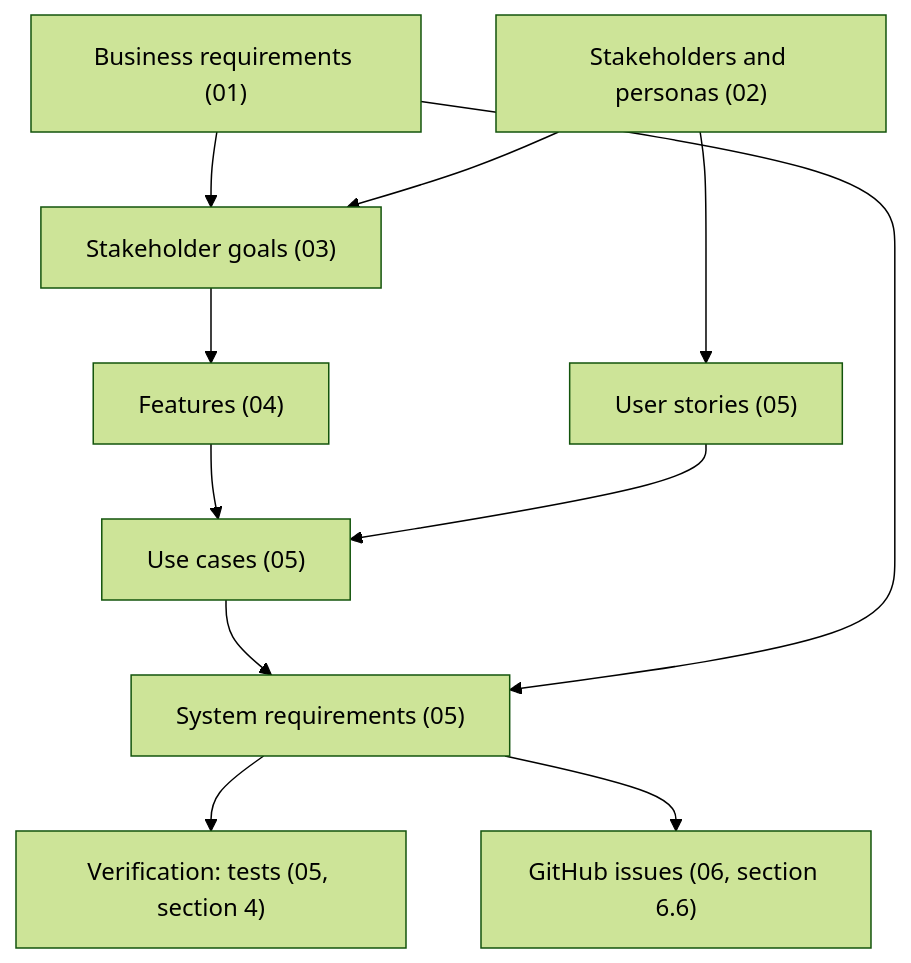
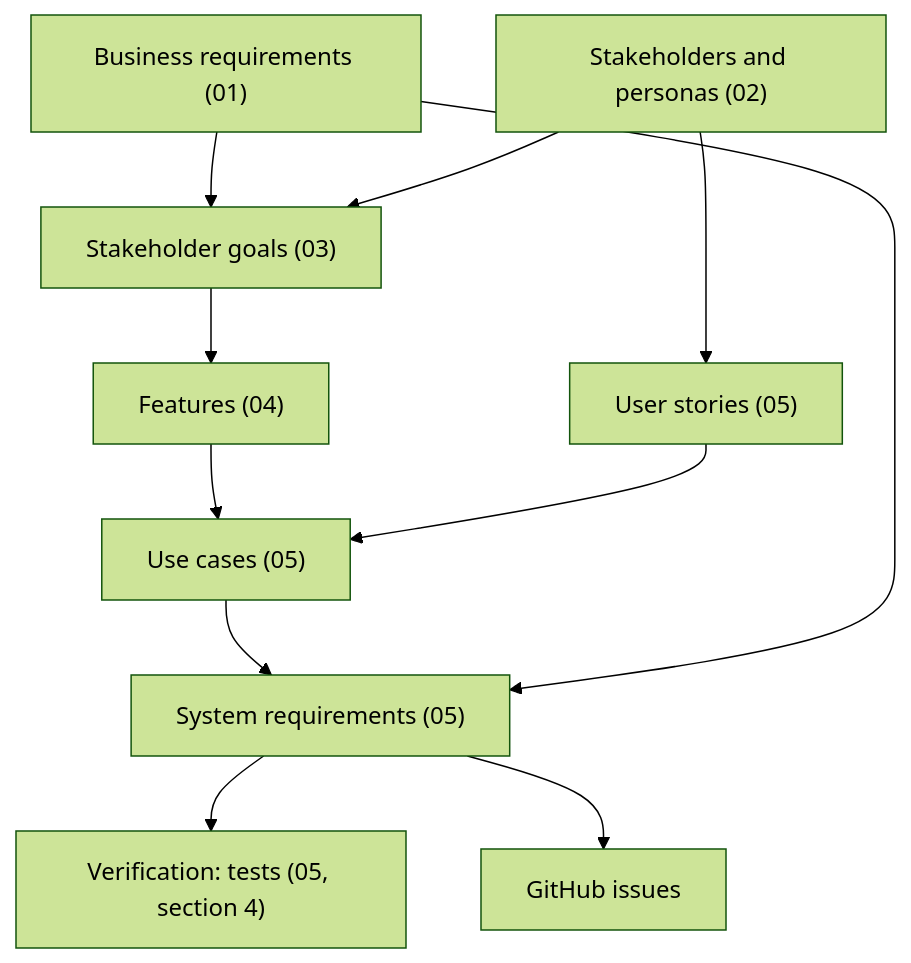
One commit to projeffboy/my-pokemon-team changed the diagram in docs/requirements/README.md. Above: the diagram before and after it, drawn with Mermaid (forest theme). The commit also changed other lines of this file and 14 other files, not shown here.

````diff
--- a/docs/requirements/README.md
+++ b/docs/requirements/README.md
@@ -29,13 +29,13 @@
 ```mermaid
 flowchart TB
   BR["Business requirements (01)"] --> G["Stakeholder goals (03)"]
   SH["Stakeholders and personas (02)"] --> G
   G --> F["Features (04)"]
   SH --> US["User stories (05)"]
   F --> UC["Use cases (05)"]
   US --> UC
   UC --> REQ["System requirements (05)"]
   BR --> REQ
   REQ --> V["Verification: tests (05, section 4)"]
-  REQ --> T["GitHub issues (06, section 6.6)"]
+  REQ --> T["GitHub issues"]
 ```
````
